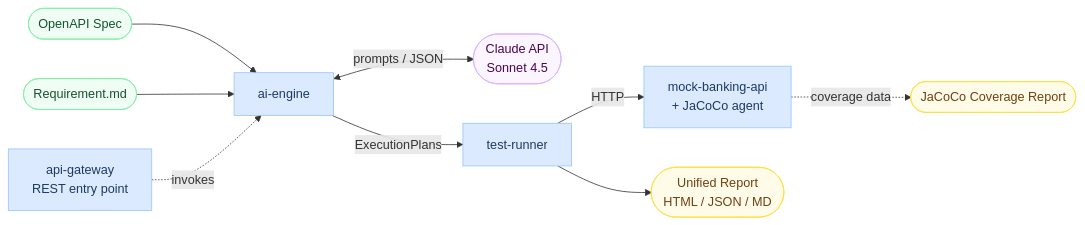
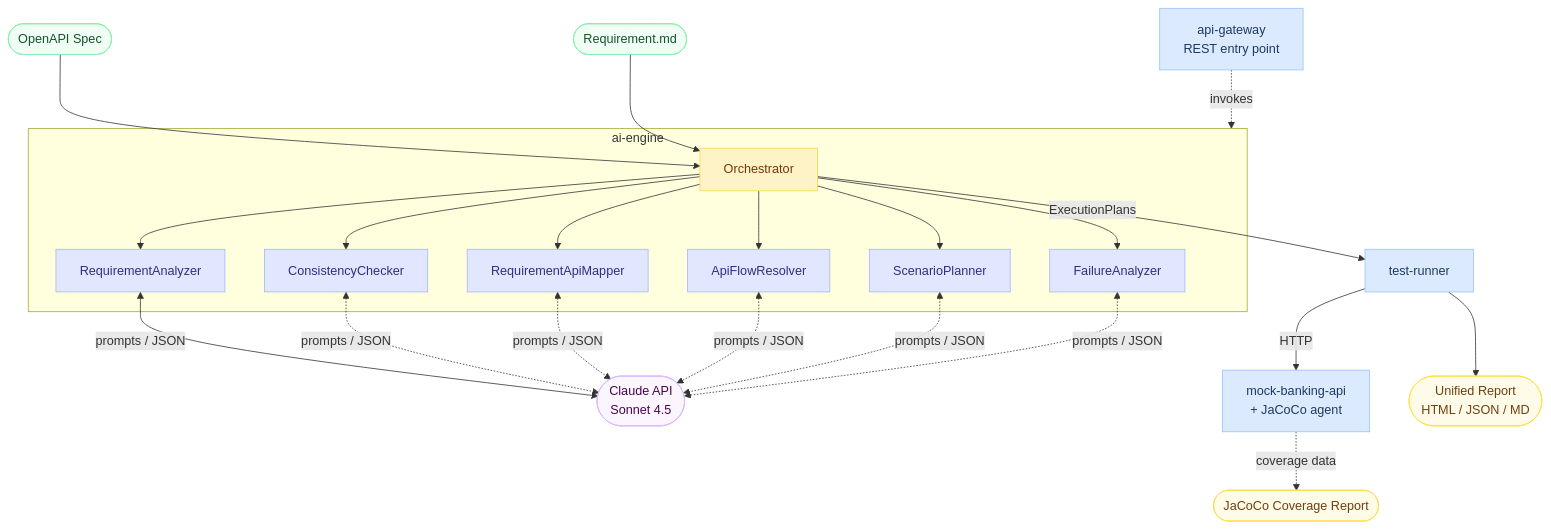
Before and after one commit to meiashley/testforge-ai: the diagram in README.md, drawn with Mermaid. The commit also changed other lines of this file, not shown here.

Commit message:
docs: align README with V5 reality
Three corrections after self-review:

1. Live Demo blurb now mentions AI failure diagnosis (was missing)

2. Architecture mermaid diagram now shows the 6 AI components inside
   ai-engine (RequirementAnalyzer, ConsistencyChecker, RequirementApiMapper,
   ApiFlowResolver, ScenarioPlanner, FailureAnalyzer) coordinated by a
   pure-orchestration Orchestrator — previously ai-engine was a single
   opaque box

3. Roadmap honestly flags two known gaps:
   - JaCoCo coverage integration into the unified execution report (currently
     rendered as a standalone HTML page)
   - api-gateway exposing the V5 requirement-driven pipeline (currently only
     V3.1/V4 generation flows are wired)

````diff
--- a/README.md
+++ b/README.md
@@ -63,21 +63,35 @@
 ```mermaid
-graph LR
-    A([OpenAPI Spec]) --> B[ai-engine]
-    R([Requirement.md]) --> B
-    B <-->|prompts / JSON| C([Claude API<br/>Sonnet 4.5])
-    B -->|ExecutionPlans| D[test-runner]
-    D -->|HTTP| E[mock-banking-api<br/>+ JaCoCo agent]
-    D --> F([Unified Report<br/>HTML / JSON / MD])
-    E -.->|coverage data| G([JaCoCo Coverage Report])
-    H[api-gateway<br/>REST entry point] -.->|invokes| B
+graph TB
+    A([OpenAPI Spec]):::input --> O
+    R([Requirement.md]):::input --> O
+
+    subgraph AIENGINE[ai-engine]
+        O[Orchestrator]:::orch
+        O --> RA[RequirementAnalyzer]:::ai
+        O --> CC[ConsistencyChecker]:::ai
+        O --> MAP[RequirementApiMapper]:::ai
+        O --> AFR[ApiFlowResolver]:::ai
+        O --> SP[ScenarioPlanner]:::ai
+        O --> FA[FailureAnalyzer]:::ai
+    end
+
+    RA <-->|prompts / JSON| C([Claude API<br/>Sonnet 4.5]):::external
+    CC <-.->|prompts / JSON| C
+    MAP <-.->|prompts / JSON| C
+    AFR <-.->|prompts / JSON| C
+    SP <-.->|prompts / JSON| C
+    FA <-.->|prompts / JSON| C
+
+    O -->|ExecutionPlans| D[test-runner]:::module
+    D -->|HTTP| E[mock-banking-api<br/>+ JaCoCo agent]:::module
+    D --> F([Unified Report<br/>HTML / JSON / MD]):::output
+    E -.->|coverage data| G([JaCoCo Coverage Report]):::output
+    H[api-gateway<br/>REST entry point]:::module -.->|invokes| AIENGINE
 
     classDef module fill:#dbeafe,stroke:#93c5fd,color:#1e3a5f
+    classDef ai fill:#e0e7ff,stroke:#a5b4fc,color:#312e81
+    classDef orch fill:#fef3c7,stroke:#fcd34d,color:#78350f
     classDef input fill:#f0fdf4,stroke:#86efac,color:#14532d
     classDef output fill:#fefce8,stroke:#fde047,color:#713f12
     classDef external fill:#faf5ff,stroke:#d8b4fe,color:#4a044e
-
-    class B,D,E,H module
-    class A,R input
-    class F,G output
-    class C external
 ```
````
